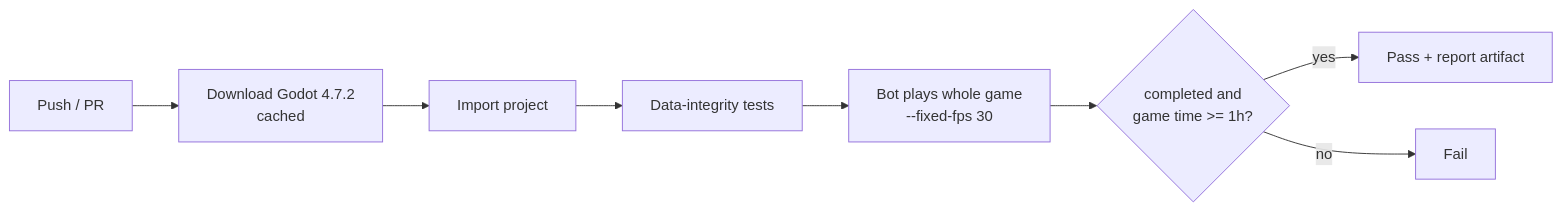
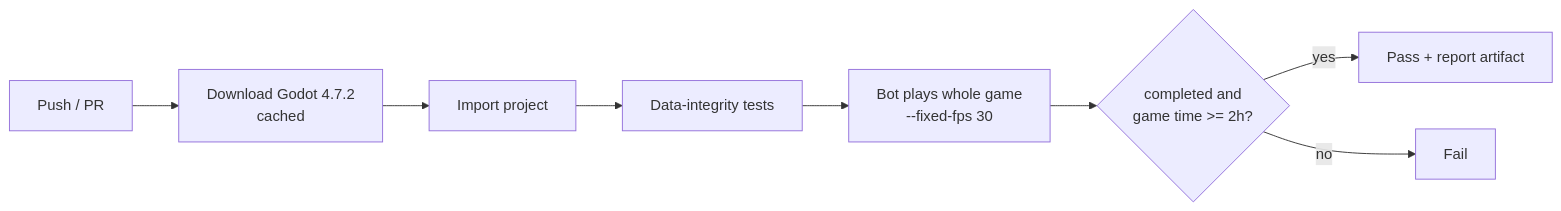
The fourth of 4 diagrams in README.md (jgyy/timegox), drawn with Mermaid before and after one commit. The commit also changed other lines of this file and 24 other files, not shown here.

First line of the commit message:
Double the procedural graphics and add Part II (+1 hour of gameplay) (#2)

````diff
--- a/README.md
+++ b/README.md
@@ -106,10 +149,10 @@
 ```mermaid
 flowchart LR
     PR[Push / PR] --> DL[Download Godot 4.7.2<br/>cached]
     DL --> IMP[Import project]
     IMP --> T[Data-integrity tests]
     T --> B[Bot plays whole game<br/>--fixed-fps 30]
-    B --> G{completed and<br/>game time >= 1h?}
+    B --> G{completed and<br/>game time >= 2h?}
     G -- yes --> OK[Pass + report artifact]
     G -- no --> FAIL[Fail]
 ```
````
